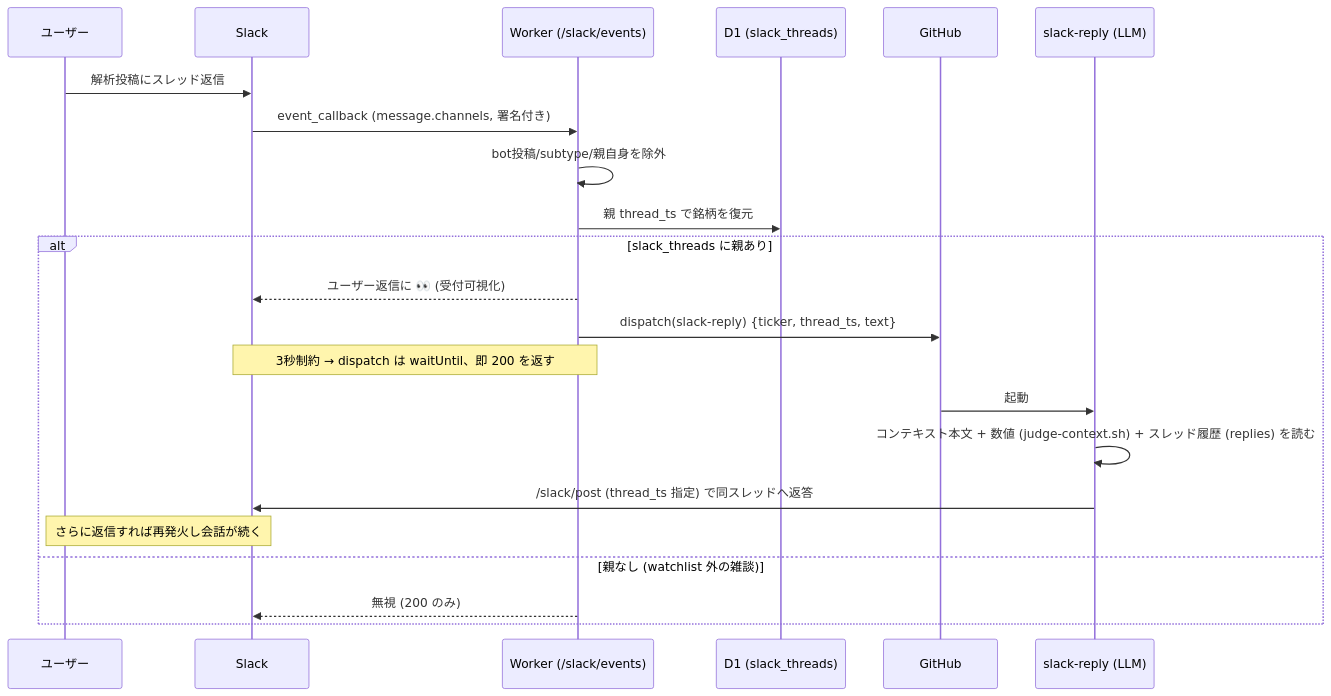
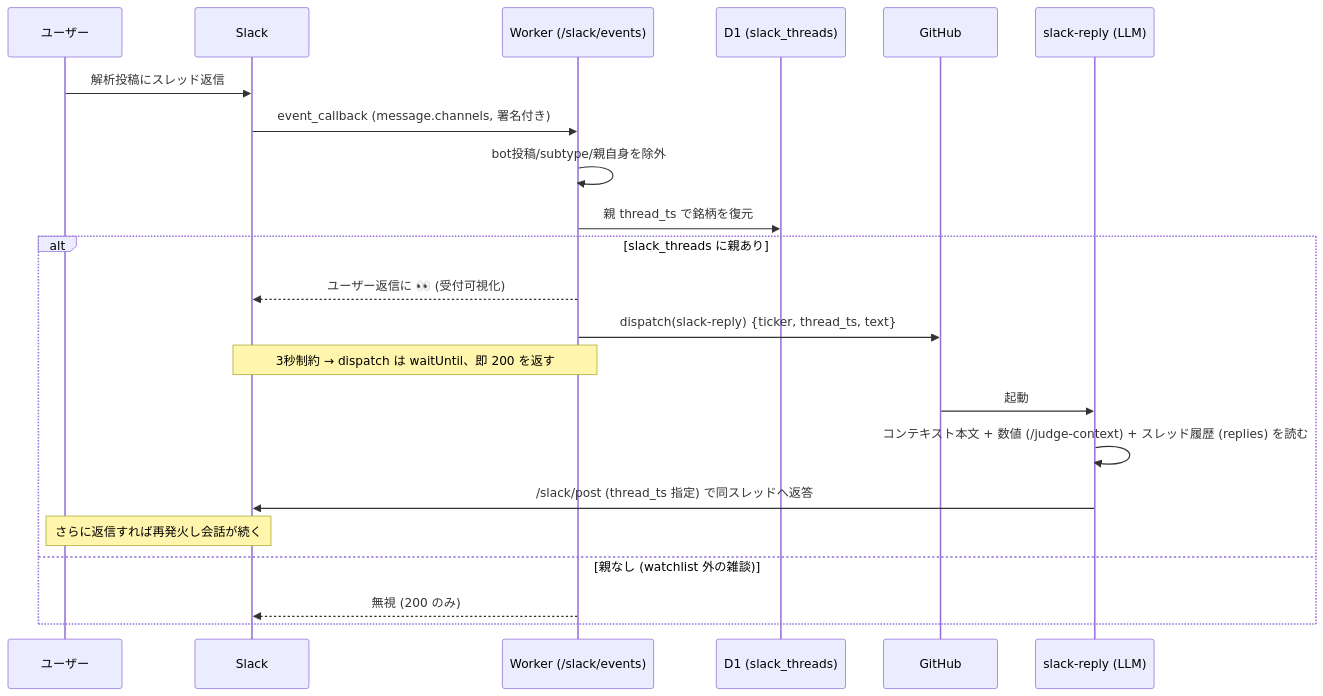
The third of 4 diagrams in README.md (omni-stove/stock-signals), drawn with Mermaid before and after one commit. The commit also changed other lines of this file and 53 other files, not shown here.

````diff
--- a/README.md
+++ b/README.md
@@ -177,25 +171,25 @@
 ```mermaid
 sequenceDiagram
     participant U as ユーザー
     participant SL as Slack
     participant W as Worker (/slack/events)
     participant D1 as D1 (slack_threads)
     participant GH as GitHub
     participant SR as slack-reply (LLM)
 
     U->>SL: 解析投稿にスレッド返信
     SL->>W: event_callback (message.channels, 署名付き)
     W->>W: bot投稿/subtype/親自身を除外
     W->>D1: 親 thread_ts で銘柄を復元
     alt slack_threads に親あり
         W-->>SL: ユーザー返信に 👀 (受付可視化)
         W->>GH: dispatch(slack-reply) {ticker, thread_ts, text}
         Note over W,SL: 3秒制約 → dispatch は waitUntil、即 200 を返す
         GH->>SR: 起動
-        SR->>SR: コンテキスト本文 + 数値 (judge-context.sh) + スレッド履歴 (replies) を読む
+        SR->>SR: コンテキスト本文 + 数値 (/judge-context) + スレッド履歴 (replies) を読む
         SR->>SL: /slack/post (thread_ts 指定) で同スレッドへ返答
         Note over U,SL: さらに返信すれば再発火し会話が続く
     else 親なし (watchlist 外の雑談)
         W-->>SL: 無視 (200 のみ)
     end
 ```
````
